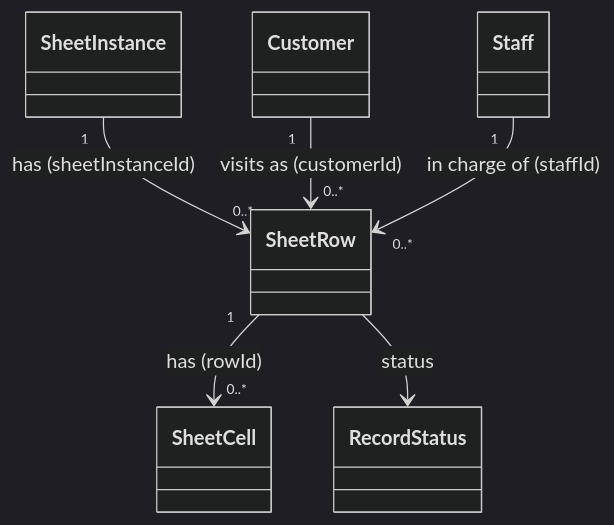
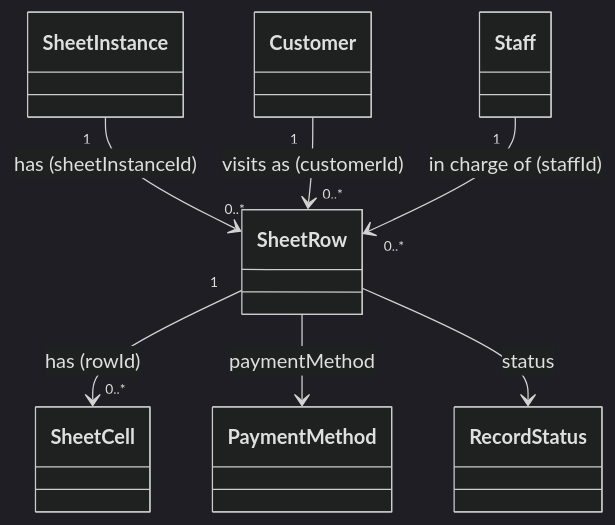
The diagram in docs/design/lib/src/features/voucher/domain/entities/sheet_row.md (MinamiyamaKotaro/m3_pad), drawn with Mermaid (dark theme) before and after one commit. The commit also changed other lines of this file and 35 other files, not shown here.

First line of the commit message:
Reflect payment method, staff shift, and daily summary specs into design docs

````diff
--- a/docs/design/lib/src/features/voucher/domain/entities/sheet_row.md
+++ b/docs/design/lib/src/features/voucher/domain/entities/sheet_row.md
@@ -14,8 +15,9 @@
 ```mermaid
 classDiagram
     SheetInstance "1" --> "0..*" SheetRow : has (sheetInstanceId)
     Customer "1" --> "0..*" SheetRow : visits as (customerId)
     Staff "1" --> "0..*" SheetRow : in charge of (staffId)
     SheetRow "1" --> "0..*" SheetCell : has (rowId)
+    SheetRow --> PaymentMethod : paymentMethod
     SheetRow --> RecordStatus : status
 ```
````
